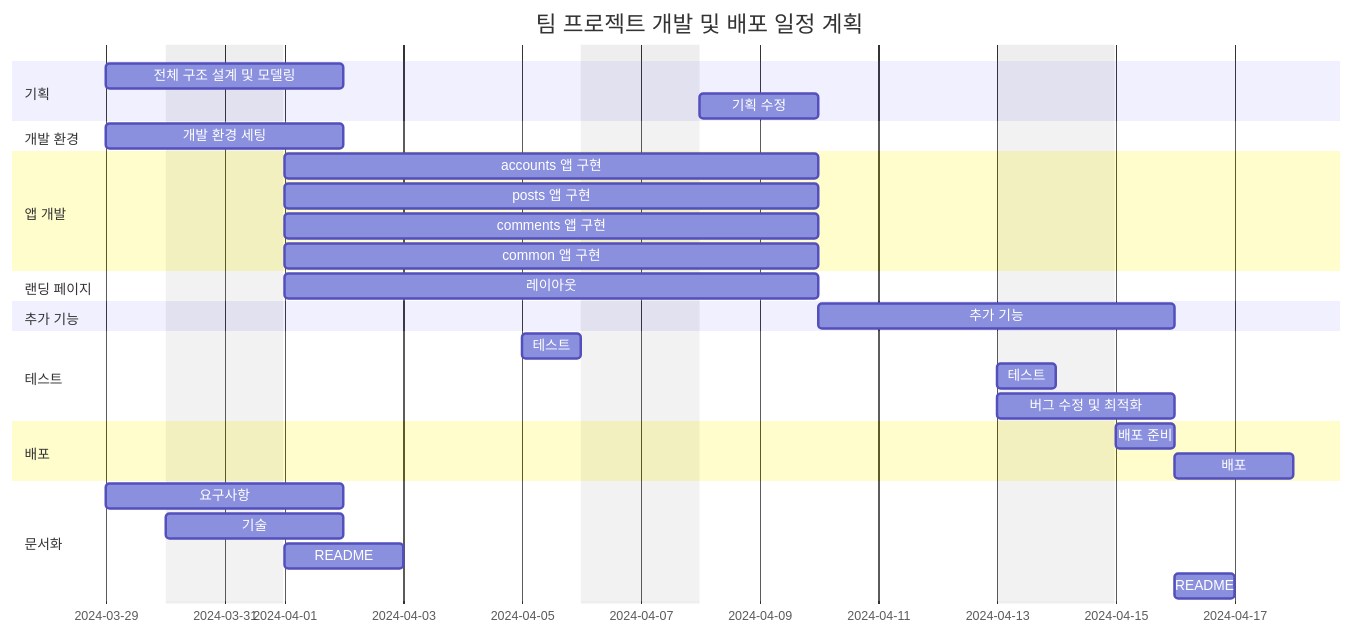
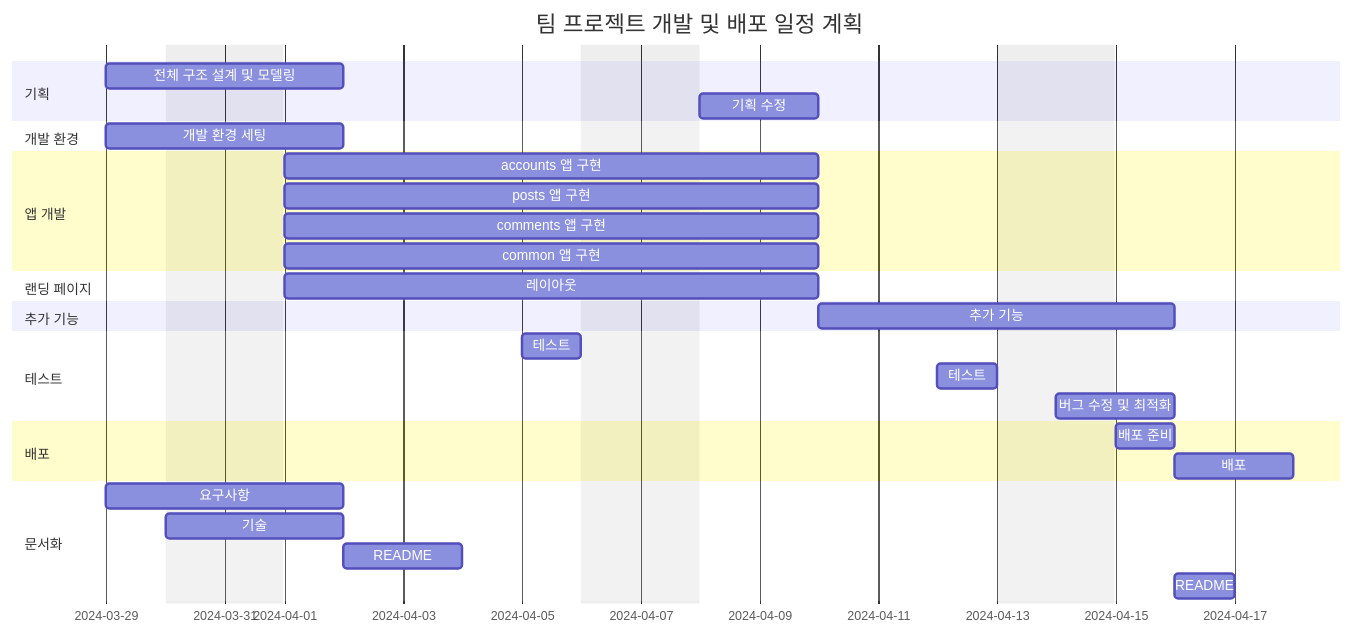
The diagram in README.md (AI-Inventory-Forecasting-Team/AI-Inventory-Forecast), drawn with Mermaid before and after one commit.

````diff
--- a/README.md
+++ b/README.md
@@ -2,40 +2,41 @@
 ```mermaid
 gantt
     dateFormat  YYYY-MM-DD
     title 팀 프로젝트 개발 및 배포 일정 계획
     excludes weekends
 
     section 기획
     전체 구조 설계 및 모델링 :des1, 2024-03-29, 2d
     기획 수정 : 2024-04-08, 2d
 
     section 개발 환경
     개발 환경 세팅 :set1, 2024-03-29, 2d
 
     section 앱 개발
     accounts 앱 구현 :acc1, 2024-04-01, 7d
     posts 앱 구현 :pos1, 2024-04-01, 7d
     comments 앱 구현 :com1, 2024-04-01, 7d
     common 앱 구현 :comn1, 2024-04-01, 7d
 
     section 랜딩 페이지
     레이아웃 :lan1, 2024-04-01, 7d
 
     section 추가 기능
     추가 기능 : 2024-04-10, 4d
 
     section 테스트
     테스트 : 2024-04-05, 1d
-    테스트 : 2024-04-13, 1d
-    버그 수정 및 최적화 : 2024-04-13, 2d
+    테스트 : 2024-04-12, 1d
+    버그 수정 및 최적화 : 2024-04-14, 2d
 
     section 배포
     배포 준비 :deploy1, 2024-04-15, 1d
     배포 :deploy2, after deploy1, 2d
     
     section 문서화
     요구사항 : 2024-03-29, 1.5d
     기술 : 2024-03-30, 2d
-    README : 2024-04-01, 2d
+    README : 2024-04-02, 2d
     README : doc1, 2024-04-16, 1d
+
 ```
````
